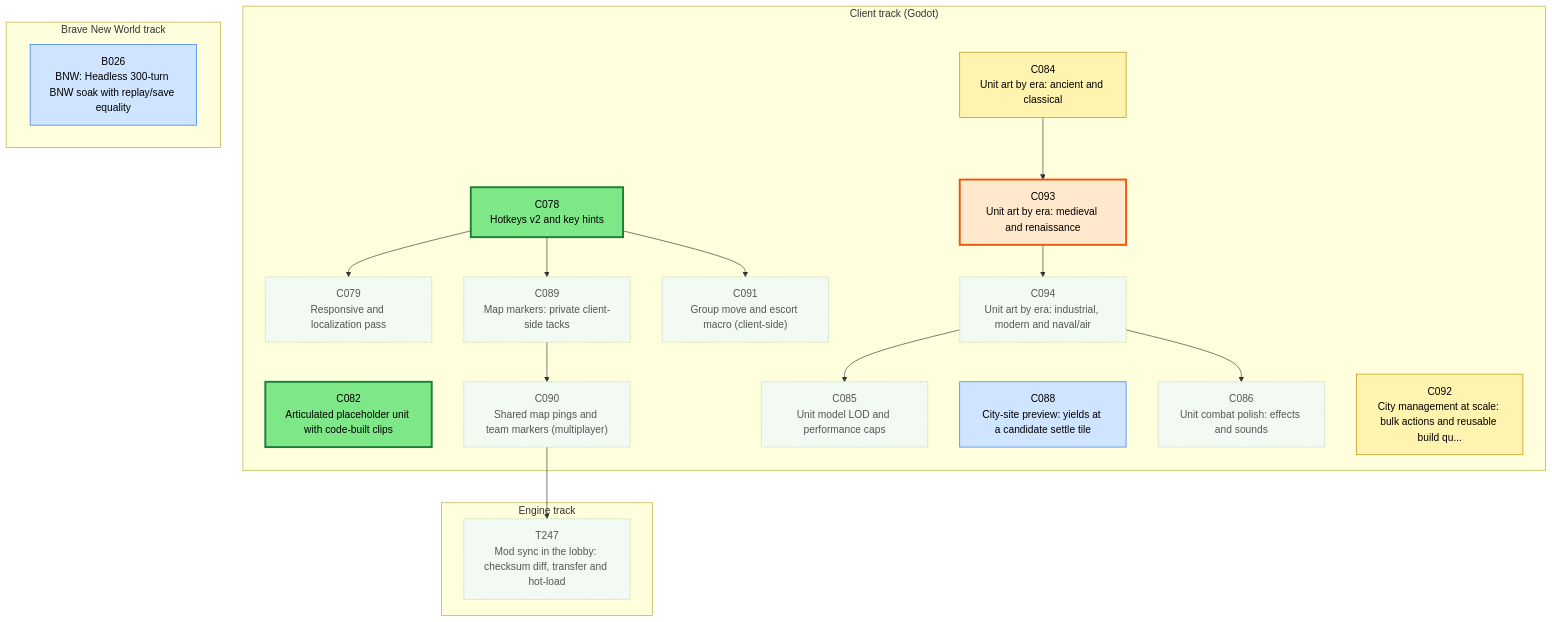
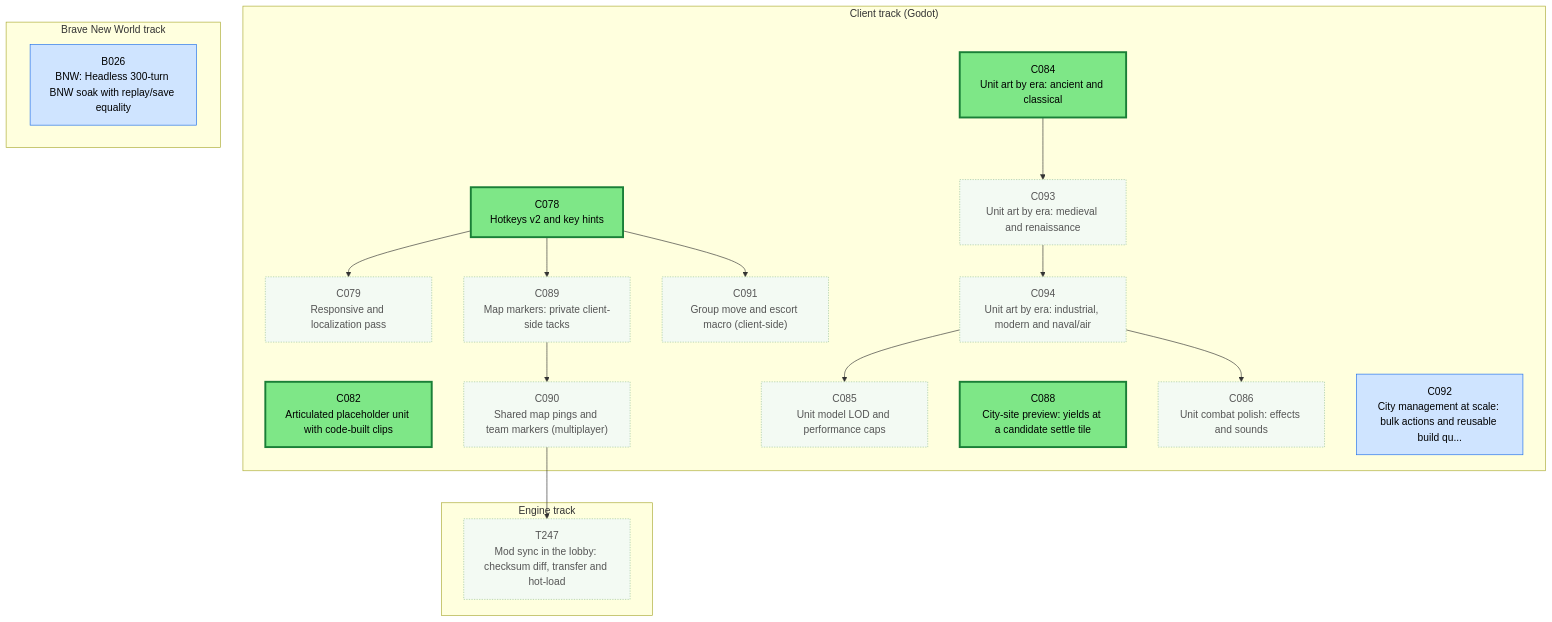
The first of 3 diagrams in csharp/migration/DEPENDENCY_MAP.md (Kenmura/Unciv), drawn with Mermaid before and after one commit. The commit also changed other lines of this file and 1 other file, not shown here.

````diff
--- a/csharp/migration/DEPENDENCY_MAP.md
+++ b/csharp/migration/DEPENDENCY_MAP.md
@@ -25,55 +25,55 @@
 ```mermaid
 flowchart TD
   subgraph TTRACK["Engine track"]
     T247["T247<br/>Mod sync in the lobby: checksum diff, transfer and hot-load"]
   end
   subgraph CTRACK["Client track (Godot)"]
     C078["C078<br/>Hotkeys v2 and key hints"]
     C079["C079<br/>Responsive and localization pass"]
     C082["C082<br/>Articulated placeholder unit with code-built clips"]
     C084["C084<br/>Unit art by era: ancient and classical"]
     C085["C085<br/>Unit model LOD and performance caps"]
     C086["C086<br/>Unit combat polish: effects and sounds"]
     C088["C088<br/>City-site preview: yields at a candidate settle tile"]
     C089["C089<br/>Map markers: private client-side tacks"]
     C090["C090<br/>Shared map pings and team markers (multiplayer)"]
     C091["C091<br/>Group move and escort macro (client-side)"]
     C092["C092<br/>City management at scale: bulk actions and reusable build qu..."]
     C093["C093<br/>Unit art by era: medieval and renaissance"]
     C094["C094<br/>Unit art by era: industrial, modern and naval/air"]
   end
   subgraph BTRACK["Brave New World track"]
     B026["B026<br/>BNW: Headless 300-turn BNW soak with replay/save equality"]
   end
   C090 --> T247
   C078 --> C079
   C094 --> C085
   C094 --> C086
   C078 --> C089
   C089 --> C090
   C078 --> C091
   C084 --> C093
   C093 --> C094
   classDef waiting fill:#f3faf3,stroke:#9bc49b,color:#555,stroke-dasharray:2 2
   classDef ondeck fill:#ffe8cc,stroke:#e8590c,stroke-width:3px,color:#000
   classDef ready fill:#7ee787,stroke:#1a7f37,stroke-width:3px,color:#000
   classDef prog fill:#fff3b0,stroke:#b58900,color:#000
   classDef review fill:#cfe4ff,stroke:#1f6feb,color:#000
   classDef blocked fill:#ffd6d6,stroke:#c62828,color:#000
   classDef done fill:#eeeeee,stroke:#999999,color:#666,stroke-dasharray:4 3
   class B026 review
   class C078 ready
   class C079 waiting
   class C082 ready
-  class C084 prog
+  class C084 ready
   class C085 waiting
   class C086 waiting
-  class C088 review
+  class C088 ready
   class C089 waiting
   class C090 waiting
   class C091 waiting
-  class C092 prog
-  class C093 ondeck
+  class C092 review
+  class C093 waiting
   class C094 waiting
   class T247 waiting
 ```
````
